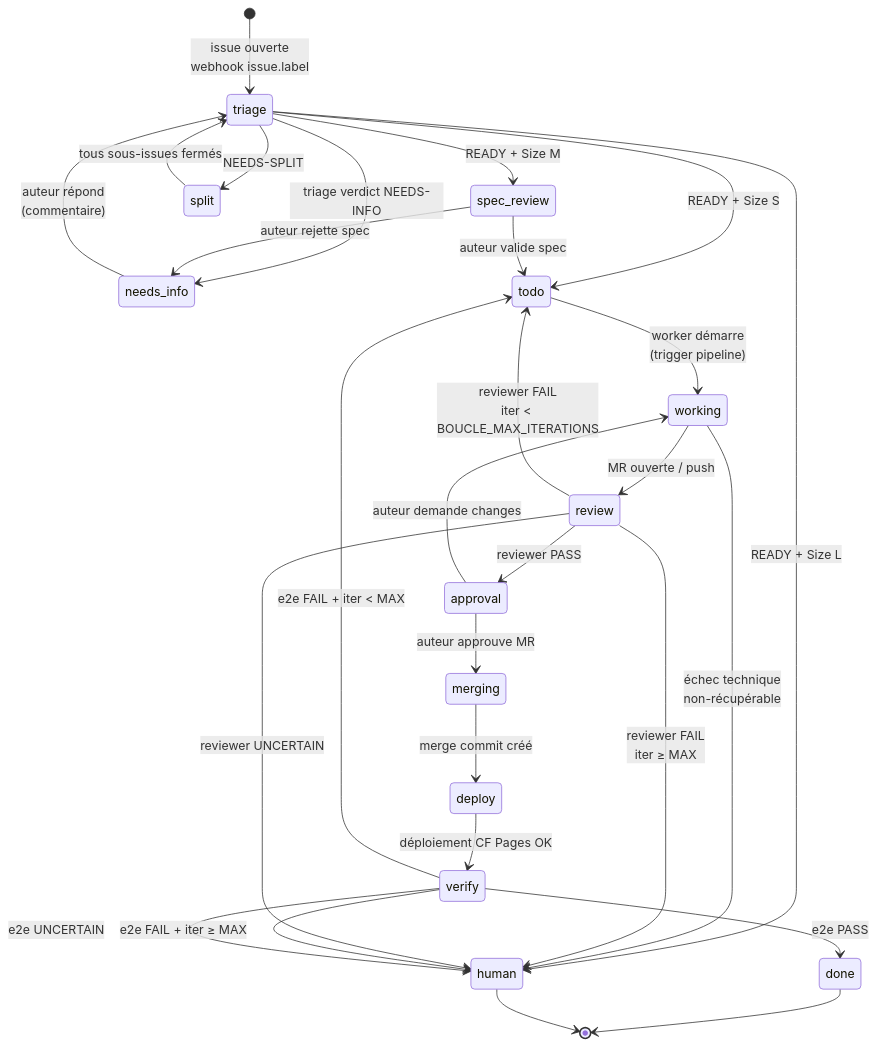
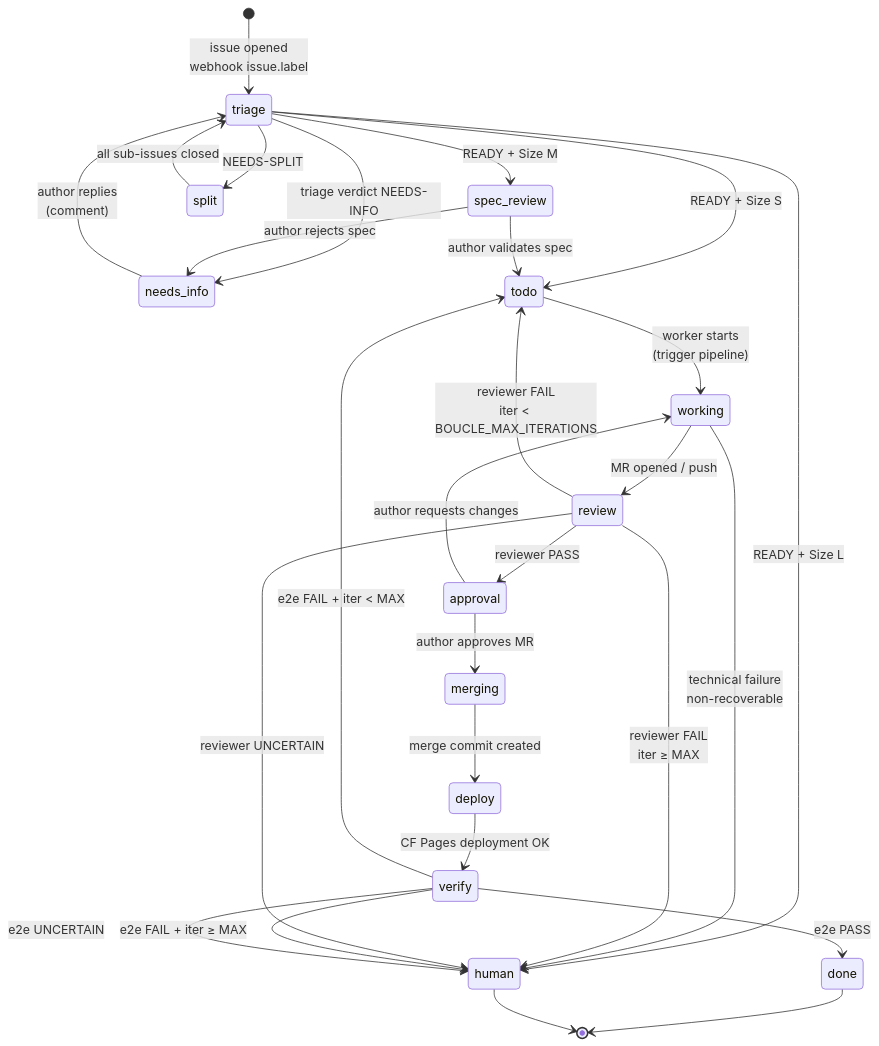
Before and after one commit to ankaboot-source/boucle: the third of 5 diagrams in ARCHITECTURE.md, drawn with Mermaid. The commit also changed other lines of this file, not shown here.

First line of the commit message:
docs: translate ARCHITECTURE.md to English

````diff
--- a/ARCHITECTURE.md
+++ b/ARCHITECTURE.md
@@ -183,40 +183,40 @@
 ```mermaid
 stateDiagram-v2
-    [*] --> triage : issue ouverte<br/>webhook issue.label
+    [*] --> triage : issue opened<br/>webhook issue.label
 
     triage --> needs_info : triage verdict NEEDS-INFO
     triage --> spec_review : READY + Size M
     triage --> todo : READY + Size S
     triage --> human : READY + Size L
     triage --> split : NEEDS-SPLIT
 
-    needs_info --> triage : auteur répond<br/>(commentaire)
+    needs_info --> triage : author replies<br/>(comment)
 
-    split --> triage : tous sous-issues fermés
+    split --> triage : all sub-issues closed
 
-    spec_review --> todo : auteur valide spec
-    spec_review --> needs_info : auteur rejette spec
+    spec_review --> todo : author validates spec
+    spec_review --> needs_info : author rejects spec
 
-    todo --> working : worker démarre<br/>(trigger pipeline)
-    working --> review : MR ouverte / push
-    working --> human : échec technique<br/>non-récupérable
+    todo --> working : worker starts<br/>(trigger pipeline)
+    working --> review : MR opened / push
+    working --> human : technical failure<br/>non-recoverable
 
     review --> approval : reviewer PASS
     review --> todo : reviewer FAIL<br/>iter < BOUCLE_MAX_ITERATIONS
     review --> human : reviewer FAIL<br/>iter ≥ MAX
     review --> human : reviewer UNCERTAIN
 
-    approval --> merging : auteur approuve MR
-    approval --> working : auteur demande changes
+    approval --> merging : author approves MR
+    approval --> working : author requests changes
 
-    merging --> deploy : merge commit créé
-    deploy --> verify : déploiement CF Pages OK
+    merging --> deploy : merge commit created
+    deploy --> verify : CF Pages deployment OK
 
     verify --> done : e2e PASS
     verify --> todo : e2e FAIL + iter < MAX
     verify --> human : e2e FAIL + iter ≥ MAX
     verify --> human : e2e UNCERTAIN
 
     done --> [*]
     human --> [*]
 ```
````
